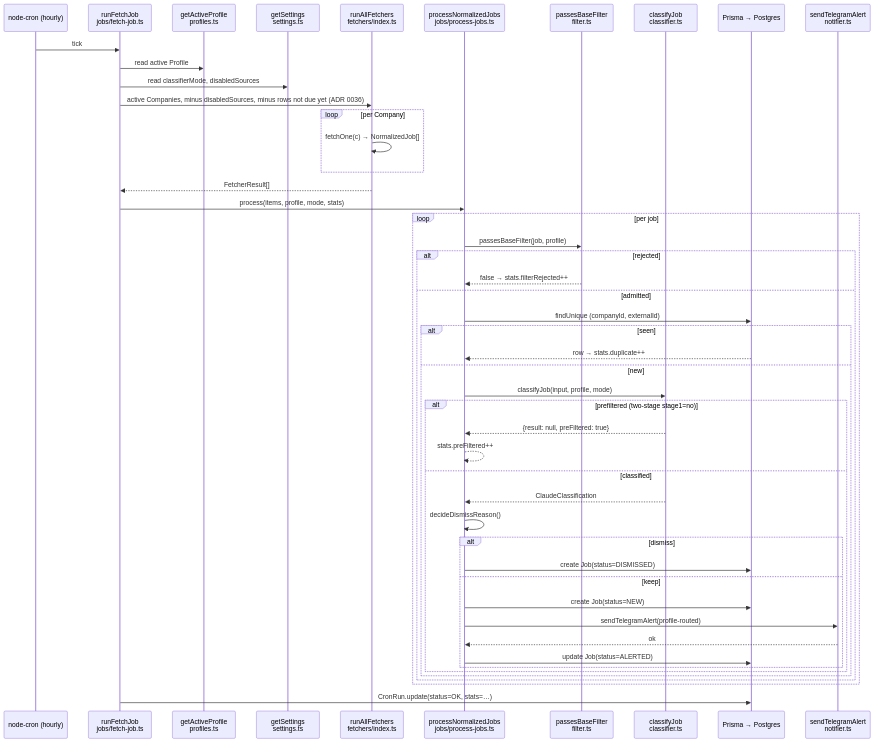
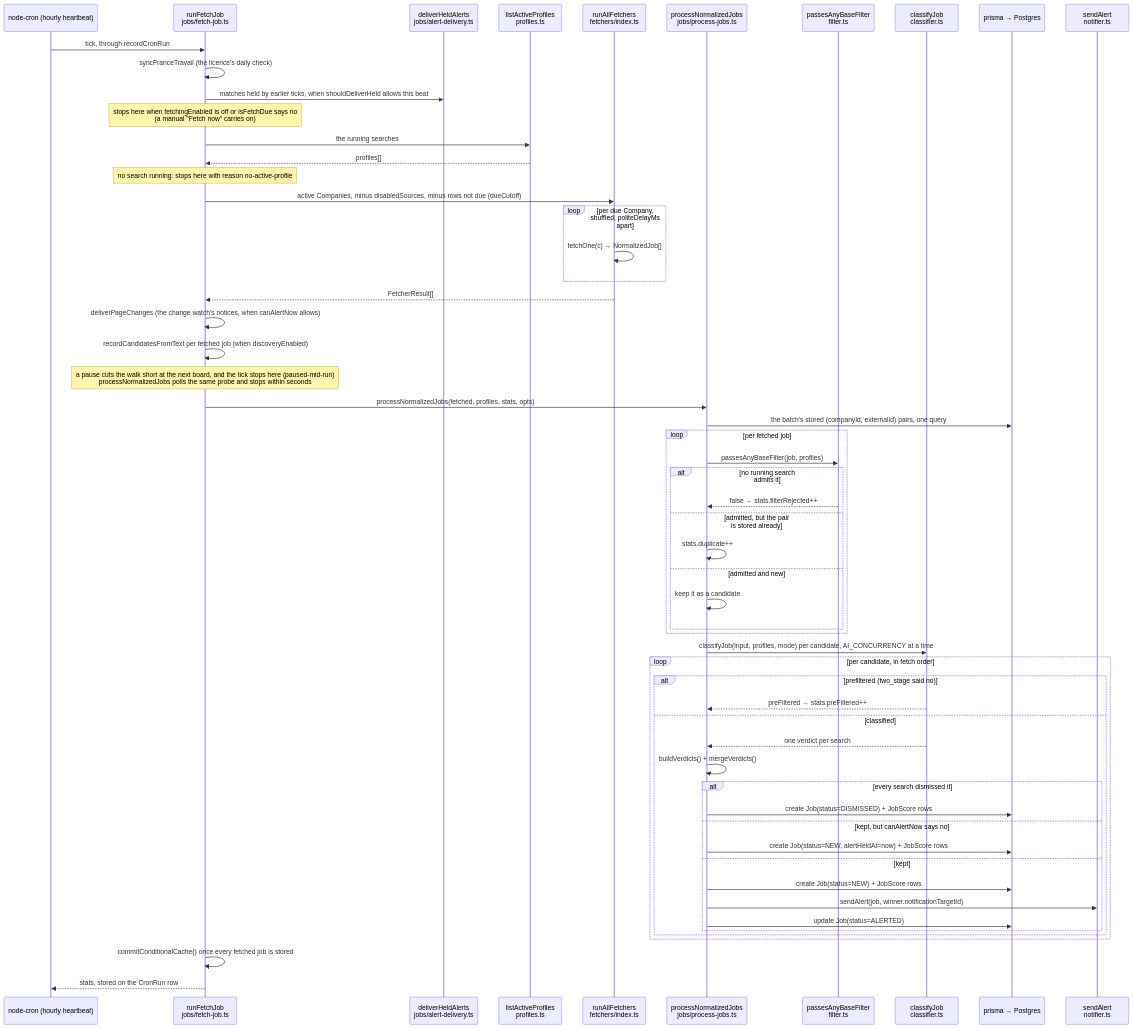
The second of 5 diagrams in ARCHITECTURE.md (applypack/applypack), drawn with Mermaid before and after one commit. The commit also changed other lines of this file and 1 other file, not shown here.

Commit message:
updated: SPEC and ARCHITECTURE describe the code as it is

````diff
--- a/ARCHITECTURE.md
+++ b/ARCHITECTURE.md
@@ -43,52 +49,61 @@
 ```mermaid
 sequenceDiagram
-  participant Cron as node-cron (hourly)
-  participant Job as runFetchJob<br/>jobs/fetch-job.ts
-  participant Profile as getActiveProfile<br/>profiles.ts
-  participant Settings as getSettings<br/>settings.ts
-  participant Fetchers as runAllFetchers<br/>fetchers/index.ts
-  participant Process as processNormalizedJobs<br/>jobs/process-jobs.ts
-  participant Filter as passesBaseFilter<br/>filter.ts
-  participant Claude as classifyJob<br/>classifier.ts
-  participant DB as Prisma → Postgres
-  participant TG as sendTelegramAlert<br/>notifier.ts
+  participant cron as node-cron (hourly heartbeat)
+  participant runFetchJob as runFetchJob<br/>jobs/fetch-job.ts
+  participant deliverHeldAlerts as deliverHeldAlerts<br/>jobs/alert-delivery.ts
+  participant listActiveProfiles as listActiveProfiles<br/>profiles.ts
+  participant runAllFetchers as runAllFetchers<br/>fetchers/index.ts
+  participant processNormalizedJobs as processNormalizedJobs<br/>jobs/process-jobs.ts
+  participant passesAnyBaseFilter as passesAnyBaseFilter<br/>filter.ts
+  participant classifyJob as classifyJob<br/>classifier.ts
+  participant prisma as prisma → Postgres
+  participant sendAlert as sendAlert<br/>notifier.ts
 
-  Cron->>Job: tick
-  Job->>Profile: read active Profile
-  Job->>Settings: read classifierMode, disabledSources
-  Job->>Fetchers: active Companies, minus disabledSources, minus rows not due yet (ADR 0036)
-  loop per Company
-    Fetchers->>Fetchers: fetchOne(c) → NormalizedJob[]
+  cron->>runFetchJob: tick, through recordCronRun
+  runFetchJob->>runFetchJob: syncFranceTravail (the licence's daily check)
+  runFetchJob->>deliverHeldAlerts: matches held by earlier ticks, when shouldDeliverHeld allows this beat
+  Note over runFetchJob: stops here when fetchingEnabled is off or isFetchDue says no<br/>(a manual "Fetch now" carries on)
+  runFetchJob->>listActiveProfiles: the running searches
+  listActiveProfiles-->>runFetchJob: profiles[]
+  Note over runFetchJob: no search running: stops here with reason no-active-profile
+  runFetchJob->>runAllFetchers: active Companies, minus disabledSources, minus rows not due (dueCutoff)
+  loop per due Company, shuffled, politeDelayMs apart
+    runAllFetchers->>runAllFetchers: fetchOne(c) → NormalizedJob[]
   end
-  Fetchers-->>Job: FetcherResult[]
-  Job->>Process: process(items, profile, mode, stats)
-  loop per job
-    Process->>Filter: passesBaseFilter(job, profile)
-    alt rejected
-      Filter-->>Process: false → stats.filterRejected++
-    else admitted
-      Process->>DB: findUnique (companyId, externalId)
-      alt seen
-        DB-->>Process: row → stats.duplicate++
-      else new
-        Process->>Claude: classifyJob(input, profile, mode)
-        alt prefiltered (two-stage stage1=no)
-          Claude-->>Process: {result: null, preFiltered: true}
-          Process-->>Process: stats.preFiltered++
-        else classified
-          Claude-->>Process: ClaudeClassification
-          Process->>Process: decideDismissReason()
-          alt dismiss
-            Process->>DB: create Job(status=DISMISSED)
-          else keep
-            Process->>DB: create Job(status=NEW)
-            Process->>TG: sendTelegramAlert(profile-routed)
-            TG-->>Process: ok
-            Process->>DB: update Job(status=ALERTED)
-          end
-        end
+  runAllFetchers-->>runFetchJob: FetcherResult[]
+  runFetchJob->>runFetchJob: deliverPageChanges (the change watch's notices, when canAlertNow allows)
+  runFetchJob->>runFetchJob: recordCandidatesFromText per fetched job (when discoveryEnabled)
+  Note over runFetchJob: a pause cuts the walk short at the next board, and the tick stops here (paused-mid-run)<br/>processNormalizedJobs polls the same probe and stops within seconds
+  runFetchJob->>processNormalizedJobs: processNormalizedJobs(fetched, profiles, stats, opts)
+  processNormalizedJobs->>prisma: the batch's stored (companyId, externalId) pairs, one query
+  loop per fetched job
+    processNormalizedJobs->>passesAnyBaseFilter: passesAnyBaseFilter(job, profiles)
+    alt no running search admits it
+      passesAnyBaseFilter-->>processNormalizedJobs: false → stats.filterRejected++
+    else admitted, but the pair is stored already
+      processNormalizedJobs->>processNormalizedJobs: stats.duplicate++
+    else admitted and new
+      processNormalizedJobs->>processNormalizedJobs: keep it as a candidate
+    end
+  end
+  processNormalizedJobs->>classifyJob: classifyJob(input, profiles, mode) per candidate, AI_CONCURRENCY at a time
+  loop per candidate, in fetch order
+    alt prefiltered (two_stage said no)
+      classifyJob-->>processNormalizedJobs: preFiltered → stats.preFiltered++
+    else classified
+      classifyJob-->>processNormalizedJobs: one verdict per search
+      processNormalizedJobs->>processNormalizedJobs: buildVerdicts() + mergeVerdicts()
+      alt every search dismissed it
+        processNormalizedJobs->>prisma: create Job(status=DISMISSED) + JobScore rows
+      else kept, but canAlertNow says no
+        processNormalizedJobs->>prisma: create Job(status=NEW, alertHeldAt=now) + JobScore rows
+      else kept
+        processNormalizedJobs->>prisma: create Job(status=NEW) + JobScore rows
+        processNormalizedJobs->>sendAlert: sendAlert(job, winner.notificationTargetId)
+        processNormalizedJobs->>prisma: update Job(status=ALERTED)
       end
     end
   end
-  Job->>DB: CronRun.update(status=OK, stats=…)
+  runFetchJob->>runFetchJob: commitConditionalCache() once every fetched job is stored
+  runFetchJob-->>cron: stats, stored on the CronRun row
 ```
````
